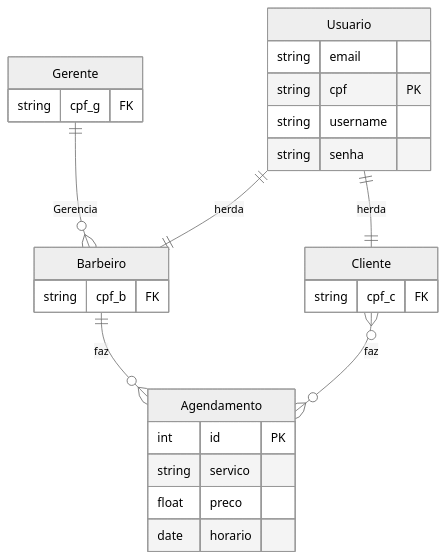
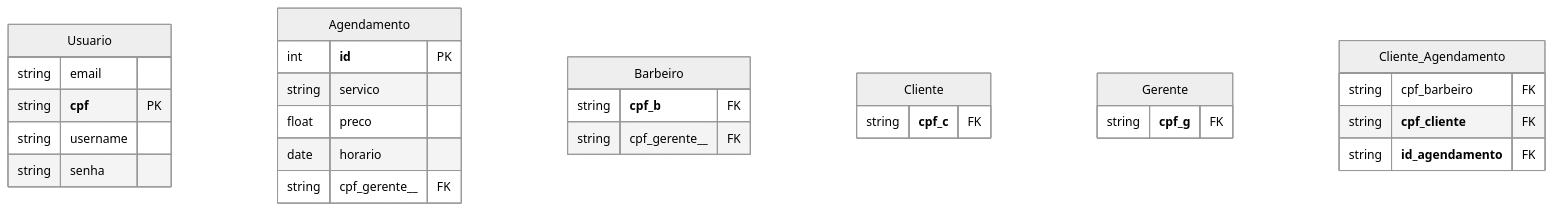
One commit to CarlosG18/sys_barbershop changed the second of 2 diagrams in topicos/modelagem_bd/modelagem_bd.md. Above: the diagram before and after it, drawn with Mermaid (neutral theme). The commit also changed other lines of this file, not shown here.

Commit message:
versão 2 - modelagem bd

````diff
--- a/topicos/modelagem_bd/modelagem_bd.md
+++ b/topicos/modelagem_bd/modelagem_bd.md
@@ -69,36 +73,37 @@
 ```mermaid
 erDiagram
     
     Usuario {
         string email
-        string cpf PK
+        string __cpf__ PK
         string username
         string senha
     }
     
     Agendamento {
-        int id PK
+        int __id__ PK
         string servico
         float preco
         date horario
+        string cpf_gerente__ FK
     }
 
     Barbeiro {
-        string cpf_b FK
+        string __cpf_b__ FK
+        string cpf_gerente__ FK
     }
-    Barbeiro ||--o{ Agendamento : faz
 
     Cliente {
-        string cpf_c FK
+        string __cpf_c__ FK
     }
 
-    Cliente }o--o{ Agendamento : faz
+    Gerente {
+        string __cpf_g__ FK
+    }
 
-    Gerente {
-        string cpf_g FK
+    Cliente_Agendamento{
+        string cpf_barbeiro FK
+        string __cpf_cliente__ FK 
+        string __id_agendamento__ FK  
     }
-    Gerente ||--o{ Barbeiro : Gerencia
-    
-    Usuario ||--|| Barbeiro : herda
-    Usuario ||--|| Cliente : herda
 ```
````
